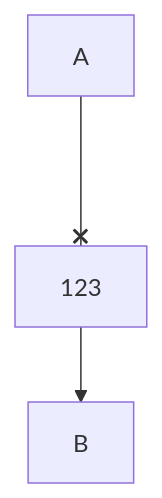
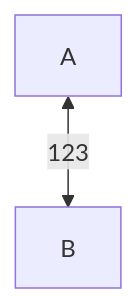
The diagram in mermaidtest.md (henderson2k/sn), drawn with Mermaid before and after one commit.

````diff
--- a/mermaidtest.md
+++ b/mermaidtest.md
@@ -5,4 +5,4 @@
 ```mermaid
 flowchart
-A <--x 123 --> B
+A <-- 123 --> B
 ```
````
